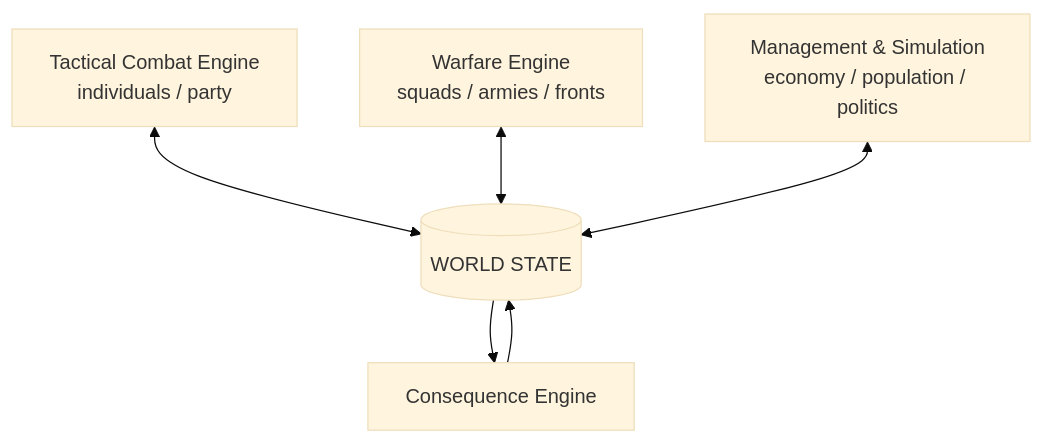
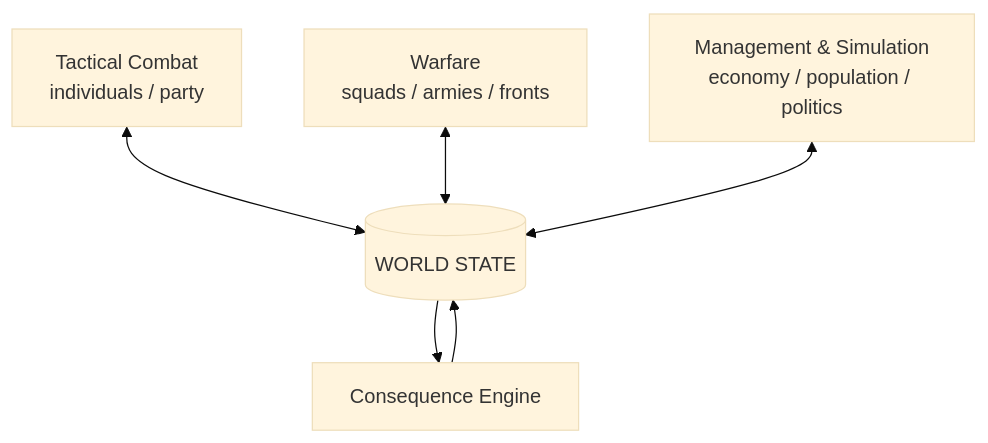
The fourth of 11 diagrams in README.md (Simus100/chronosaga_the_game), drawn with Mermaid (base theme) before and after one commit. The commit also changed other lines of this file, not shown here.

Commit message:
docs: make README Windows-first and document P0 roadmap

````diff
--- a/README.md
+++ b/README.md
@@ -106,15 +98,14 @@
 ```mermaid
 flowchart TB
     W[(WORLD STATE)]
-
-    T[Tactical Combat Engine\nindividuals / party]
-    R[Warfare Engine\nsquads / armies / fronts]
+    T[Tactical Combat\nindividuals / party]
+    R[Warfare\nsquads / armies / fronts]
     M[Management & Simulation\neconomy / population / politics]
     C[Consequence Engine]
 
     T <--> W
     R <--> W
     M <--> W
     W --> C
     C --> W
 ```
````
